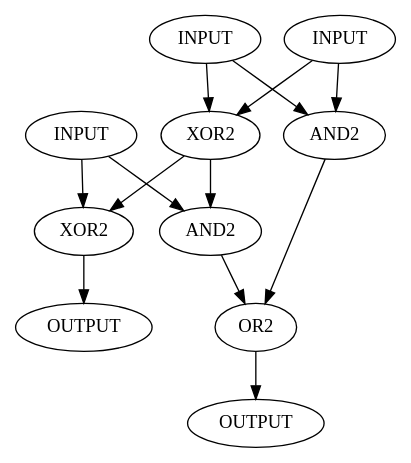
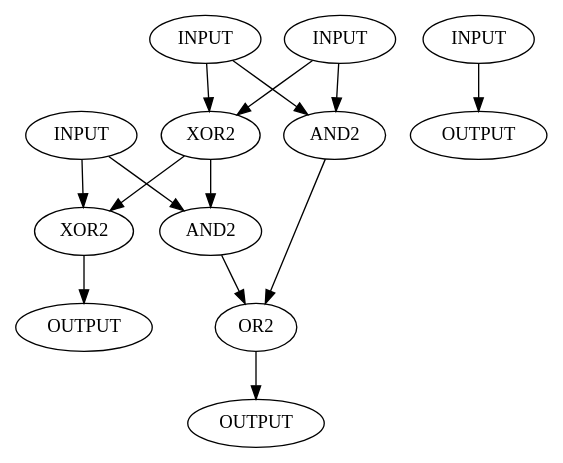
One commit to RomainLattier/Projet_C_2AMT changed the diagram in Projet_C/Parser_gate/Test_lecture.dot. Above: the diagram before and after it, drawn with Graphviz. The commit also changed 3 other files, not shown here.

```diff
--- a/Projet_C/Parser_gate/Test_lecture.dot
+++ b/Projet_C/Parser_gate/Test_lecture.dot
@@ -1,29 +1,33 @@
 digraph test {
 
 A [label = "INPUT"];
 B [label = "INPUT"];
 C_in [label = "INPUT"];
 SUM [label = "OUTPUT"];
 C_out [label = "OUTPUT"];
+TEST_in [label = "INPUT"];
+Test_out [label = "OUTPUT"];
 
 XOR_in [label = "XOR2" ];
 XOR_out [label = "XOR2" ];
 
 AND_AB [label = "AND2" ];
 AND_C_in [label = "AND2" ];
 OR_C_out [label = "OR2" ];
 
 A -> XOR_in -> XOR_out;
 B -> XOR_in;
 C_in -> XOR_out -> SUM;
 
 XOR_in -> AND_C_in;
 C_in -> AND_C_in;
 
 A -> AND_AB;
 B -> AND_AB;
 
 AND_C_in -> OR_C_out -> C_out;
 AND_AB -> OR_C_out;
 
+TEST_in -> Test_out;
+
 }
```
